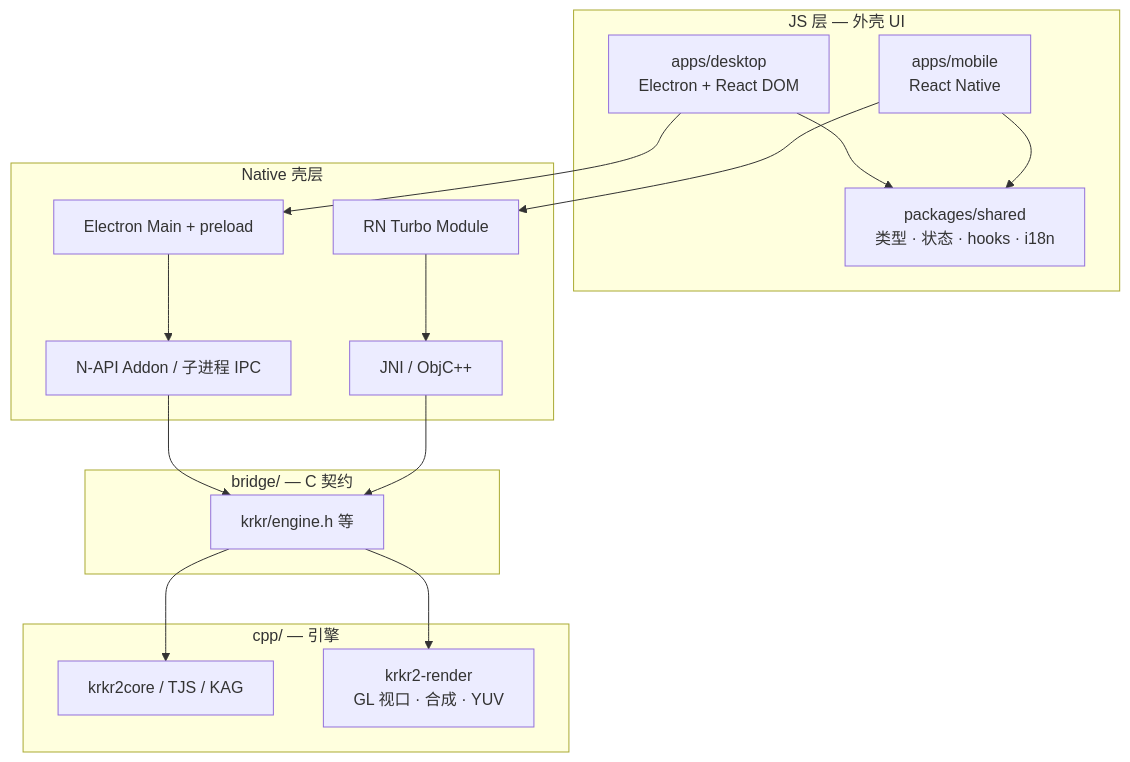
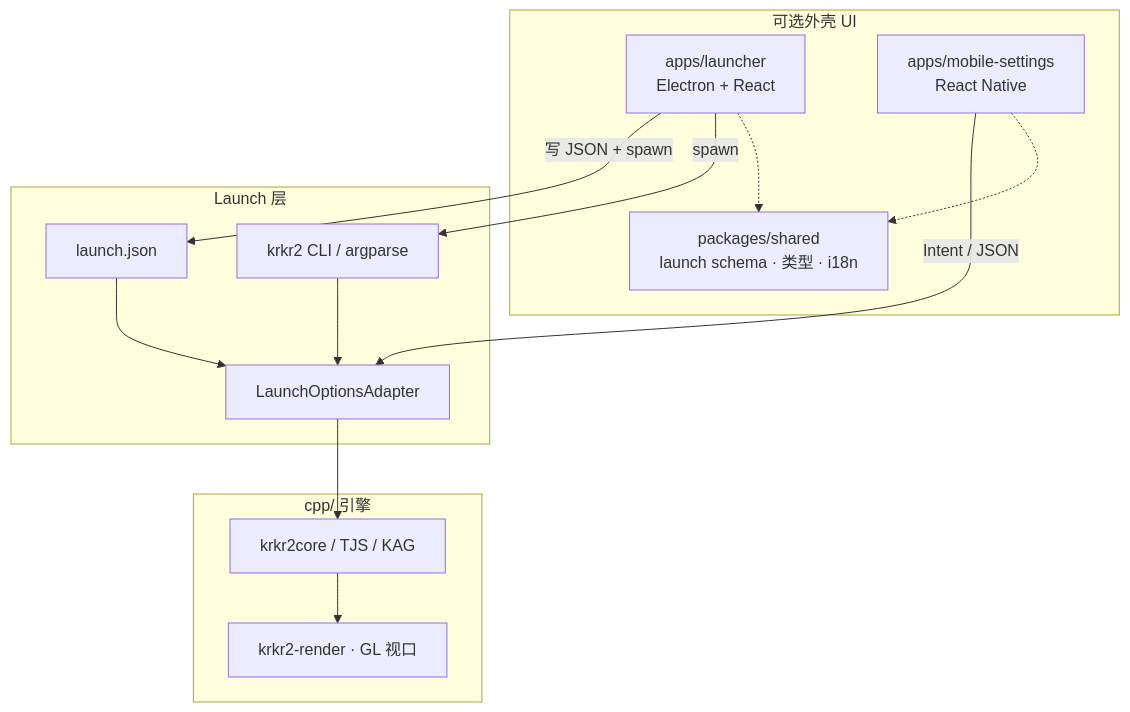
The first of 4 diagrams in docs/ui/architecture.md (flosnvjx/krkr2), drawn with Mermaid before and after one commit. The commit also changed other lines of this file and 13 other files, not shown here.

````diff
--- a/docs/ui/architecture.md
+++ b/docs/ui/architecture.md
@@ -9,31 +21,29 @@
 ```mermaid
 flowchart TB
-    subgraph js [JS 层 — 外壳 UI]
-        Desktop[apps/desktop<br/>Electron + React DOM]
-        Mobile[apps/mobile<br/>React Native]
-        Shared[packages/shared<br/>类型 · 状态 · hooks · i18n]
+    subgraph optional [可选外壳 UI]
+        Launcher[apps/launcher<br/>Electron + React]
+        RNSet[apps/mobile-settings<br/>React Native]
+        Shared[packages/shared<br/>launch schema · 类型 · i18n]
     end
 
-    subgraph native [Native 壳层]
-        EM[Electron Main + preload]
-        NAPI[N-API Addon / 子进程 IPC]
-        RN[RN Turbo Module]
-        JNI[JNI / ObjC++]
+    subgraph launch [Launch 层]
+        JSON[launch.json]
+        CLI[krkr2 CLI / argparse]
+        Ad[LaunchOptionsAdapter]
     end
 
-    subgraph bridge [bridge/ — C 契约]
-        H[krkr/engine.h 等]
+    subgraph engine [cpp/ 引擎]
+        Core[krkr2core / TJS / KAG]
+        Render[krkr2-render · GL 视口]
     end
 
-    subgraph engine [cpp/ — 引擎]
-        Core[krkr2core / TJS / KAG]
-        Render[krkr2-render<br/>GL 视口 · 合成 · YUV]
-    end
-
-    Desktop --> Shared
-    Mobile --> Shared
-    Desktop --> EM --> NAPI --> H
-    Mobile --> RN --> JNI --> H
-    H --> Core
-    H --> Render
+    Launcher -->|写 JSON + spawn| JSON
+    Launcher -->|spawn| CLI
+    RNSet -->|Intent / JSON| Ad
+    JSON --> Ad
+    CLI --> Ad
+    Ad --> Core
+    Core --> Render
+    Launcher -.-> Shared
+    RNSet -.-> Shared
 ```
````
